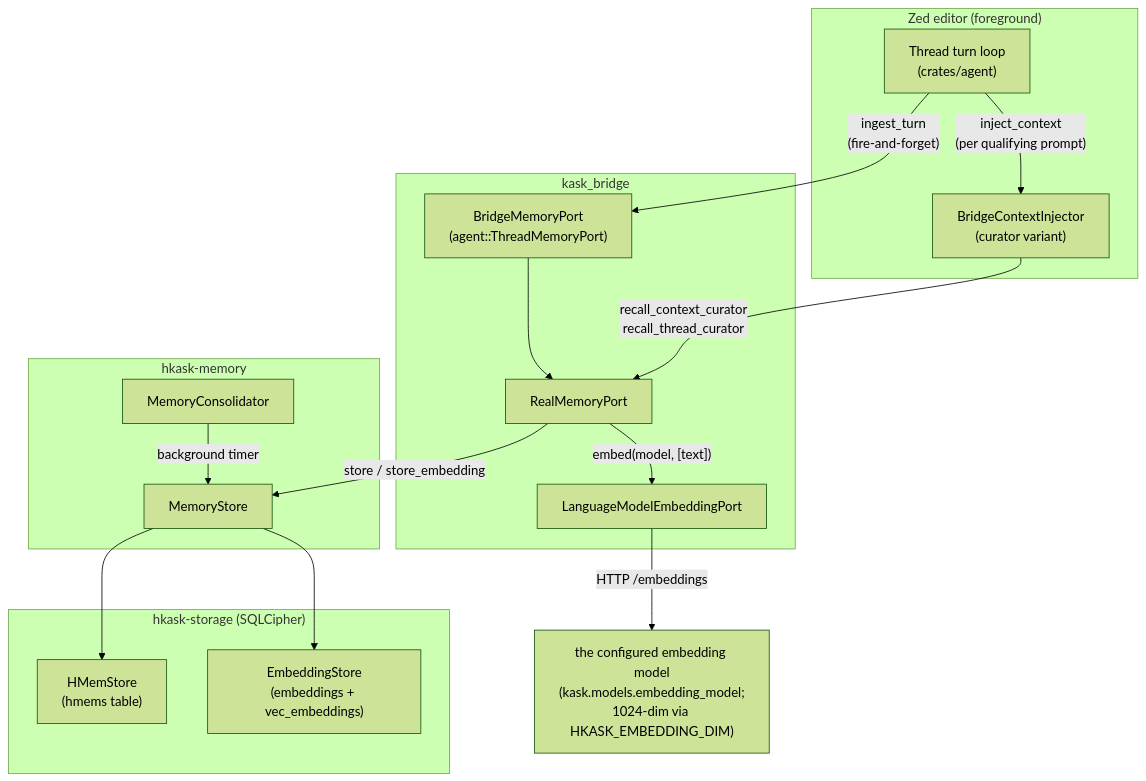
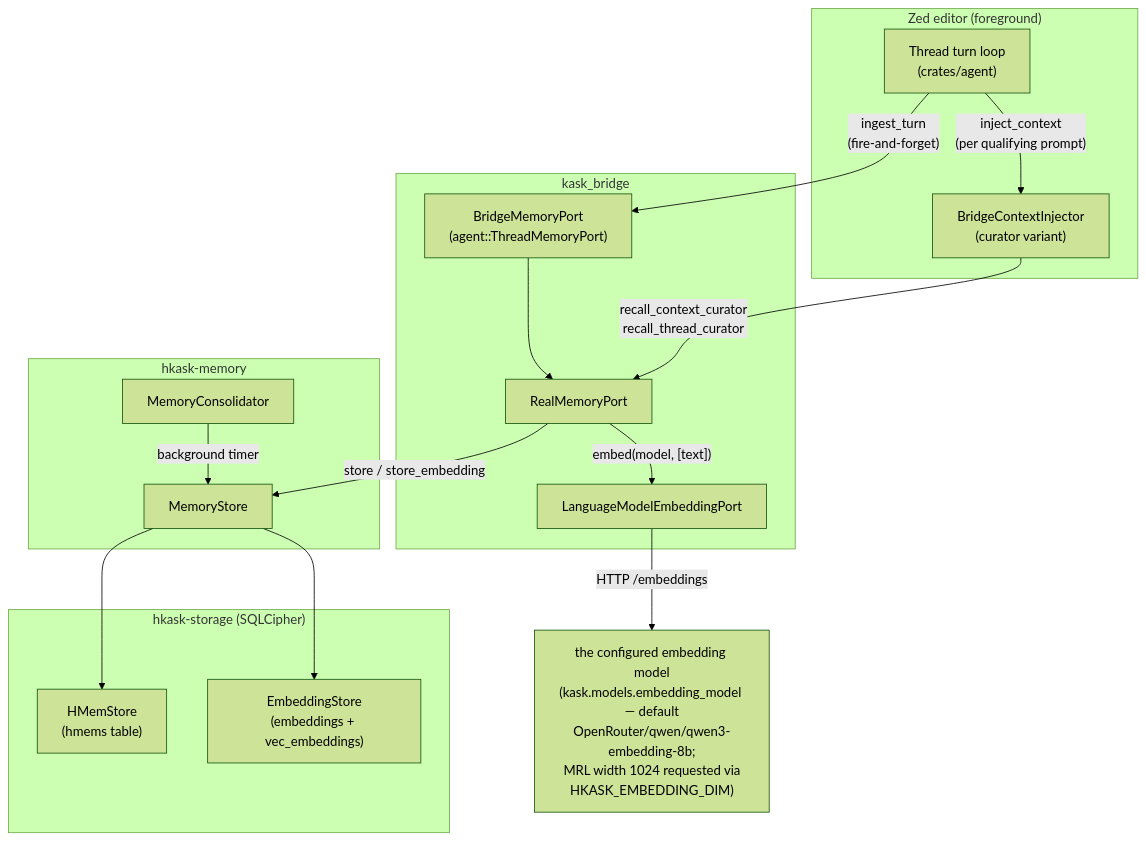
One commit to mdz-axo/zed-kask changed the first of 6 diagrams in kask/docs/architecture/memory-system-specification.md. Above: the diagram before and after it, drawn with Mermaid (forest theme). The commit also changed other lines of this file and 31 other files, not shown here.

First line of the commit message:
Fix stream truncation; request MRL embedding dims

````diff
--- a/kask/docs/architecture/memory-system-specification.md
+++ b/kask/docs/architecture/memory-system-specification.md
@@ -149,31 +149,31 @@
 ```mermaid
 flowchart TD
     subgraph Zed["Zed editor (foreground)"]
         Thread["Thread turn loop<br/>(crates/agent)"]
         Injector["BridgeContextInjector<br/>(curator variant)"]
     end
     subgraph Bridge["kask_bridge"]
         BridgePort["BridgeMemoryPort<br/>(agent::ThreadMemoryPort)"]
         RealPort["RealMemoryPort"]
         EmbedPort["LanguageModelEmbeddingPort"]
     end
     subgraph Memory["hkask-memory"]
         MemStore["MemoryStore"]
         Consolidator["MemoryConsolidator"]
     end
     subgraph Storage["hkask-storage (SQLCipher)"]
         HMemStore["HMemStore<br/>(hmems table)"]
         EmbedStore["EmbeddingStore<br/>(embeddings + vec_embeddings)"]
     end
 
     Thread -->|"ingest_turn<br/>(fire-and-forget)"| BridgePort
     BridgePort --> RealPort
     Thread -->|"inject_context<br/>(per qualifying prompt)"| Injector
     Injector -->|"recall_context_curator<br/>recall_thread_curator"| RealPort
     RealPort -->|"store / store_embedding"| MemStore
     RealPort -->|"embed(model, [text])"| EmbedPort
-    EmbedPort -->|"HTTP /embeddings"| Provider["the configured embedding model<br/>(kask.models.embedding_model;<br/>1024-dim via HKASK_EMBEDDING_DIM)"]
+    EmbedPort -->|"HTTP /embeddings"| Provider["the configured embedding model<br/>(kask.models.embedding_model — default<br/>OpenRouter/qwen/qwen3-embedding-8b;<br/>MRL width 1024 requested via<br/>HKASK_EMBEDDING_DIM)"]
     MemStore --> HMemStore
     MemStore --> EmbedStore
     Consolidator -->|"background timer"| MemStore
 ```
````
